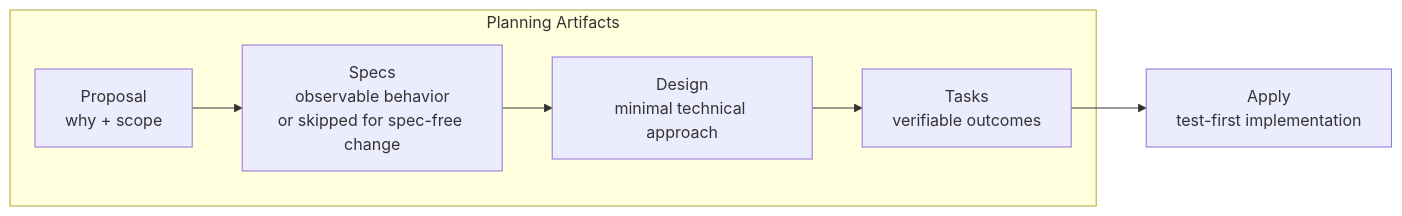
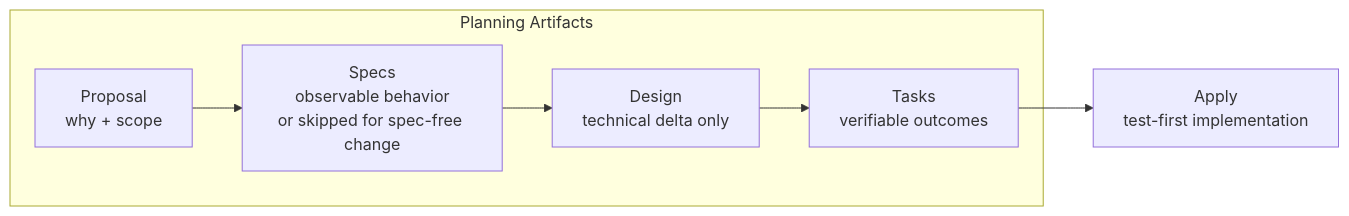
The diagram in openspec/schemas/spec-driven-tdd/README.md (mols3131d/hmda-data-reliability), drawn with Mermaid before and after one commit. The commit also changed other lines of this file, not shown here.

Commit message:
docs(openspec): design delta 책임 명시

````diff
--- a/openspec/schemas/spec-driven-tdd/README.md
+++ b/openspec/schemas/spec-driven-tdd/README.md
@@ -5,10 +5,10 @@
 ```mermaid
 flowchart LR
     subgraph planning ["Planning Artifacts"]
         proposal["Proposal<br/>why + scope"] --> specs["Specs<br/>observable behavior<br/>or skipped for spec-free change"]
-        specs --> design["Design<br/>minimal technical approach"]
+        specs --> design["Design<br/>technical delta only"]
         design --> tasks["Tasks<br/>verifiable outcomes"]
     end
 
     tasks --> apply["Apply<br/>test-first implementation"]
 ```
````
